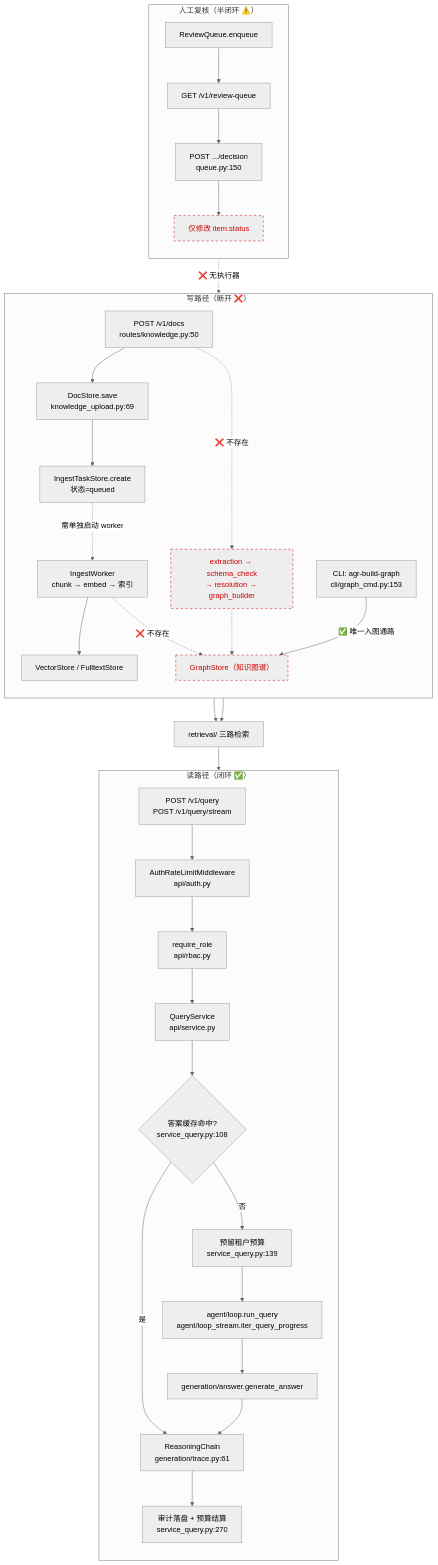
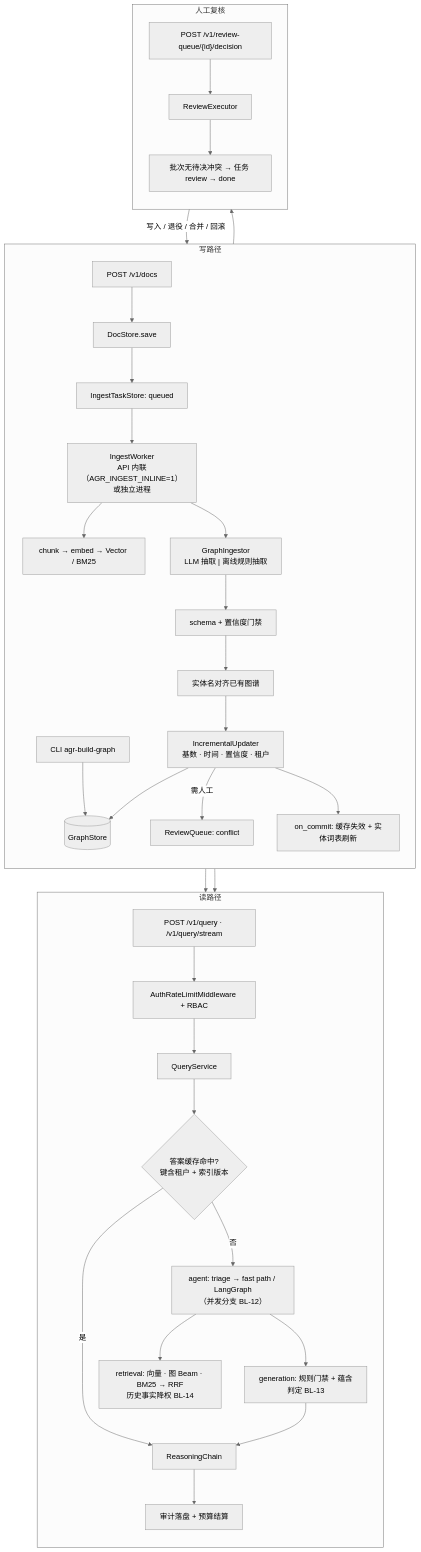
Before and after one commit to RightCloudhub/AG: the first of 5 diagrams in docs/design/BUSINESS_LOGIC.md, drawn with Mermaid (neutral theme). The commit also changed other lines of this file and 42 other files, not shown here.

Commit message:
fix: close write-path gaps and harden reasoning gates

````diff
--- a/docs/design/BUSINESS_LOGIC.md
+++ b/docs/design/BUSINESS_LOGIC.md
@@ -34,43 +31,39 @@
 ```mermaid
 flowchart TB
-    subgraph READ["读路径（闭环 ✅）"]
+    subgraph READ["读路径"]
         direction TB
-        Q["POST /v1/query<br/>POST /v1/query/stream"] --> AUTH["AuthRateLimitMiddleware<br/>api/auth.py"]
-        AUTH --> RBAC["require_role<br/>api/rbac.py"]
-        RBAC --> SVC["QueryService<br/>api/service.py"]
-        SVC --> CACHE{"答案缓存命中?<br/>service_query.py:108"}
-        CACHE -->|"是"| RESP["ReasoningChain<br/>generation/trace.py:61"]
-        CACHE -->|"否"| BUDGET["预留租户预算<br/>service_query.py:139"]
-        BUDGET --> LOOP["agent/loop.run_query<br/>agent/loop_stream.iter_query_progress"]
-        LOOP --> GEN["generation/answer.generate_answer"]
-        GEN --> RESP
-        RESP --> PERSIST["审计落盘 + 预算结算<br/>service_query.py:270"]
+        Q["POST /v1/query · /v1/query/stream"] --> AUTH["AuthRateLimitMiddleware + RBAC"]
+        AUTH --> SVC["QueryService"]
+        SVC --> CACHE{"答案缓存命中?<br/>键含租户 + 索引版本"}
+        CACHE -->|"是"| RESP["ReasoningChain"]
+        CACHE -->|"否"| LOOP["agent: triage → fast path / LangGraph<br/>（并发分支 BL-12）"]
+        LOOP --> RETR["retrieval: 向量 · 图 Beam · BM25 → RRF<br/>历史事实降权 BL-14"]
+        LOOP --> GEN["generation: 规则门禁 + 蕴含判定 BL-13"]
+        GEN --> RESP --> PERSIST["审计落盘 + 预算结算"]
     end
 
-    subgraph WRITE["写路径（断开 ❌）"]
+    subgraph WRITE["写路径"]
         direction TB
-        UP["POST /v1/docs<br/>routes/knowledge.py:50"] --> SAVE["DocStore.save<br/>knowledge_upload.py:69"]
-        SAVE --> TASK["IngestTaskStore.create<br/>状态=queued"]
-        TASK -.->|"需单独启动 worker"| WORKER["IngestWorker<br/>chunk → embed → 索引"]
-        WORKER --> VIDX["VectorStore / FulltextStore"]
-        WORKER -.->|"❌ 不存在"| KG
-        UP -.->|"❌ 不存在"| EXTRACT["extraction → schema_check<br/>→ resolution → graph_builder"]
-        EXTRACT -.-> KG["GraphStore（知识图谱）"]
-        CLI["CLI: agr-build-graph<br/>cli/graph_cmd.py:153"] -->|"✅ 唯一入图通路"| KG
+        UP["POST /v1/docs"] --> SAVE["DocStore.save"] --> TASK["IngestTaskStore: queued"]
+        TASK --> WORKER["IngestWorker<br/>API 内联（AGR_INGEST_INLINE=1）或独立进程"]
+        WORKER --> VIDX["chunk → embed → Vector / BM25"]
+        WORKER --> GI["GraphIngestor<br/>LLM 抽取 | 离线规则抽取"]
+        GI --> GATE["schema + 置信度门禁"] --> RES["实体名对齐已有图谱"]
+        RES --> INC["IncrementalUpdater<br/>基数 · 时间 · 置信度 · 租户"]
+        INC --> KG[("GraphStore")]
+        INC -->|"需人工"| RQ["ReviewQueue: conflict"]
+        INC --> COMMIT["on_commit: 缓存失效 + 实体词表刷新"]
+        CLI["CLI agr-build-graph"] --> KG
     end
 
-    subgraph REVIEW["人工复核（半闭环 ⚠️）"]
+    subgraph REVIEW["人工复核"]
         direction TB
-        ENQ["ReviewQueue.enqueue"] --> LIST["GET /v1/review-queue"]
-        LIST --> DEC["POST .../decision<br/>queue.py:150"]
-        DEC --> STATUS["仅修改 item.status"]
-        STATUS -.->|"❌ 无执行器"| KG
+        RQ --> DEC["POST /v1/review-queue/{id}/decision"]
+        DEC --> EXE["ReviewExecutor"]
+        EXE -->|"写入 / 退役 / 合并 / 回滚"| KG
+        EXE --> SETTLE["批次无待决冲突 → 任务 review → done"]
     end
 
-    VIDX --> RETR["retrieval/ 三路检索"]
     KG --> RETR
-    RETR --> LOOP
-
-    classDef broken stroke-dasharray: 5 5,stroke:#c00,color:#c00
-    class EXTRACT,KG,STATUS broken
+    VIDX --> RETR
 ```
````
